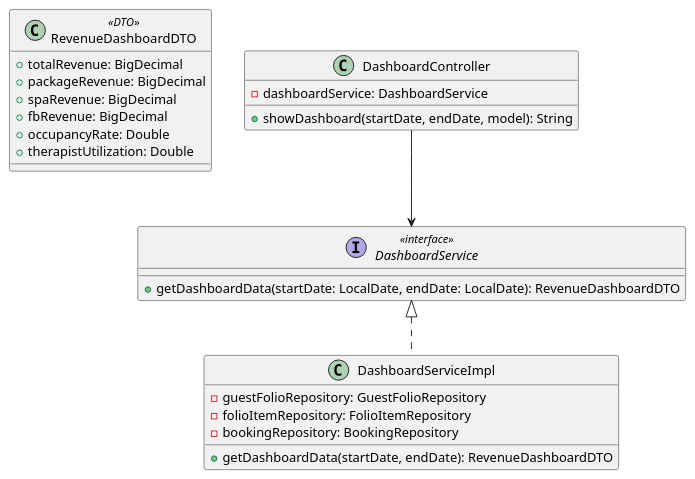
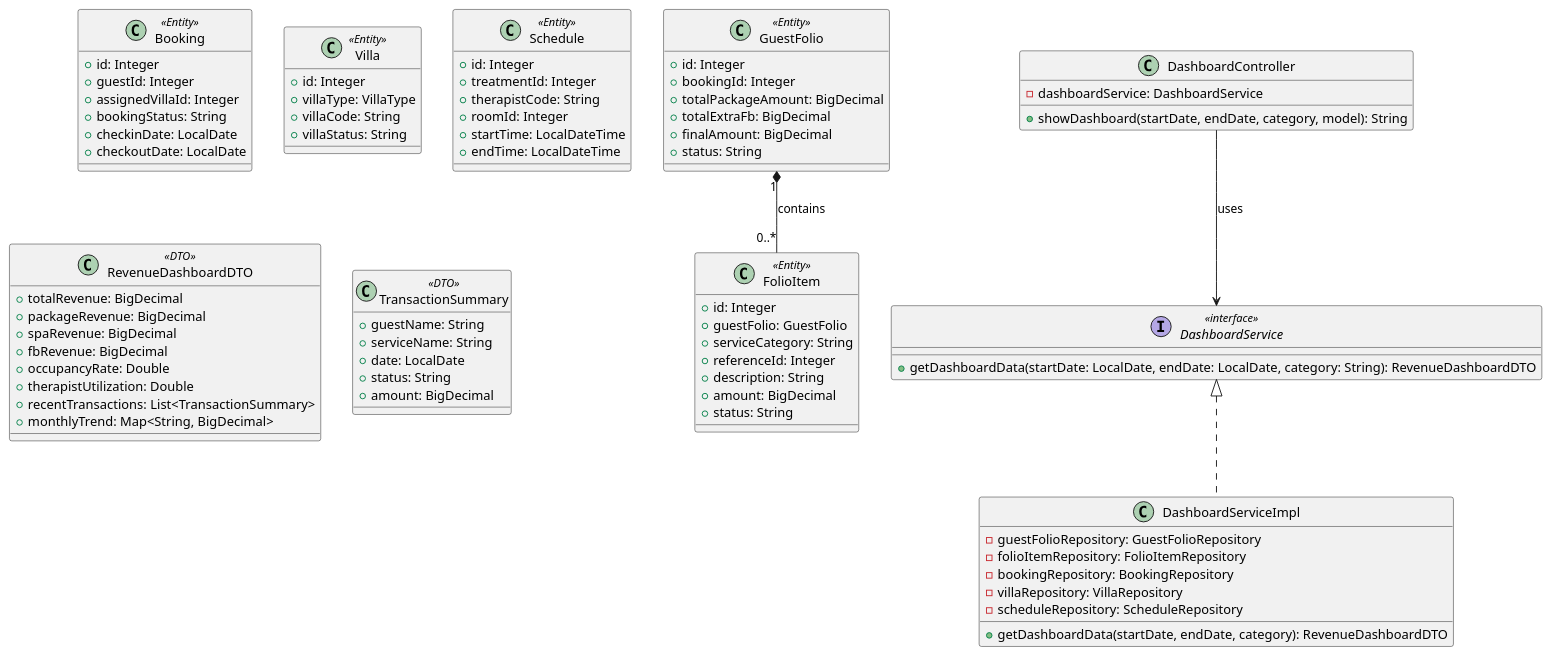
One commit to danhdac36/xoai-aura-retreat changed the first of 3 diagrams in 03_Implement/UC24/UC24_EDS_Dashboard.md. Above: the diagram before and after it, drawn with PlantUML. The commit also changed other lines of this file and 4 other files, not shown here.

````diff
--- a/03_Implement/UC24/UC24_EDS_Dashboard.md
+++ b/03_Implement/UC24/UC24_EDS_Dashboard.md
@@ -74,5 +132,49 @@
 ```plantuml
 @startuml
+class GuestFolio <<Entity>> {
+  +id: Integer
+  +bookingId: Integer
+  +totalPackageAmount: BigDecimal
+  +totalExtraFb: BigDecimal
+  +finalAmount: BigDecimal
+  +status: String
+}
+
+class FolioItem <<Entity>> {
+  +id: Integer
+  +guestFolio: GuestFolio
+  +serviceCategory: String
+  +referenceId: Integer
+  +description: String
+  +amount: BigDecimal
+  +status: String
+}
+
+class Booking <<Entity>> {
+  +id: Integer
+  +guestId: Integer
+  +assignedVillaId: Integer
+  +bookingStatus: String
+  +checkinDate: LocalDate
+  +checkoutDate: LocalDate
+}
+
+class Villa <<Entity>> {
+  +id: Integer
+  +villaType: VillaType
+  +villaCode: String
+  +villaStatus: String
+}
+
+class Schedule <<Entity>> {
+  +id: Integer
+  +treatmentId: Integer
+  +therapistCode: String
+  +roomId: Integer
+  +startTime: LocalDateTime
+  +endTime: LocalDateTime
+}
+
 class RevenueDashboardDTO <<DTO>> {
   +totalRevenue: BigDecimal
   +packageRevenue: BigDecimal
@@ -80,25 +182,39 @@
   +fbRevenue: BigDecimal
   +occupancyRate: Double
   +therapistUtilization: Double
+  +recentTransactions: List<TransactionSummary>
+  +monthlyTrend: Map<String, BigDecimal>
 }
 
+class TransactionSummary <<DTO>> {
+  +guestName: String
+  +serviceName: String
+  +date: LocalDate
+  +status: String
+  +amount: BigDecimal
+}
+
+GuestFolio "1" *-- "0..*" FolioItem : contains
+
 interface DashboardService <<interface>> {
-  +getDashboardData(startDate: LocalDate, endDate: LocalDate): RevenueDashboardDTO
+  +getDashboardData(startDate: LocalDate, endDate: LocalDate, category: String): RevenueDashboardDTO
 }
 
 class DashboardServiceImpl {
   -guestFolioRepository: GuestFolioRepository
   -folioItemRepository: FolioItemRepository
   -bookingRepository: BookingRepository
-  +getDashboardData(startDate, endDate): RevenueDashboardDTO
+  -villaRepository: VillaRepository
+  -scheduleRepository: ScheduleRepository
+  +getDashboardData(startDate, endDate, category): RevenueDashboardDTO
 }
 
 class DashboardController {
   -dashboardService: DashboardService
-  +showDashboard(startDate, endDate, model): String
+  +showDashboard(startDate, endDate, category, model): String
 }
 
-DashboardController --> DashboardService
+DashboardController --> DashboardService : uses
 DashboardService <|.. DashboardServiceImpl
 @enduml
 ```
````
